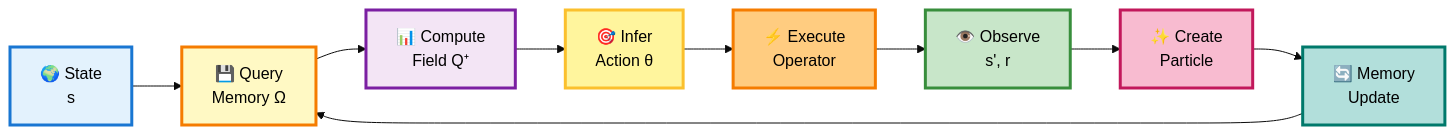
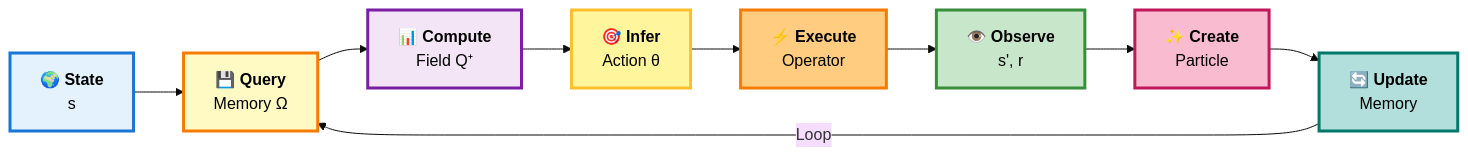
Before and after one commit to pleiadian53/GRL: the second of 2 diagrams in README.md, drawn with Mermaid (base theme). The commit also changed other lines of this file, not shown here.

First line of the commit message:
fix: Force horizontal layout for Mermaid diagrams

````diff
--- a/README.md
+++ b/README.md
@@ -185,20 +187,20 @@
 ```mermaid
-graph LR
-    A["🌍 State<br/>s"] --> B["💾 Query<br/>Memory Ω"]
-    B --> C["📊 Compute<br/>Field Q⁺"]
-    C --> D["🎯 Infer<br/>Action θ"]
-    D --> E["⚡ Execute<br/>Operator"]
-    E --> F["👁️ Observe<br/>s', r"]
-    F --> G["✨ Create<br/>Particle"]
-    G --> H["🔄 Memory<br/>Update"]
-    H --> B
+flowchart LR
+    A["🌍 <b>State</b><br/>s"] --> B["💾 <b>Query</b><br/>Memory Ω"]
+    B --> C["📊 <b>Compute</b><br/>Field Q⁺"]
+    C --> D["🎯 <b>Infer</b><br/>Action θ"]
+    D --> E["⚡ <b>Execute</b><br/>Operator"]
+    E --> F["👁️ <b>Observe</b><br/>s', r"]
+    F --> G["✨ <b>Create</b><br/>Particle"]
+    G --> H["🔄 <b>Update</b><br/>Memory"]
+    H -->|Loop| B
     
     style A fill:#e3f2fd,stroke:#1976d2,stroke-width:3px,color:#000
     style B fill:#fff9c4,stroke:#f57c00,stroke-width:3px,color:#000
     style C fill:#f3e5f5,stroke:#7b1fa2,stroke-width:3px,color:#000
     style D fill:#fff59d,stroke:#fbc02d,stroke-width:3px,color:#000
     style E fill:#ffcc80,stroke:#f57c00,stroke-width:3px,color:#000
     style F fill:#c8e6c9,stroke:#388e3c,stroke-width:3px,color:#000
     style G fill:#f8bbd0,stroke:#c2185b,stroke-width:3px,color:#000
     style H fill:#b2dfdb,stroke:#00796b,stroke-width:3px,color:#000
 ```
````
